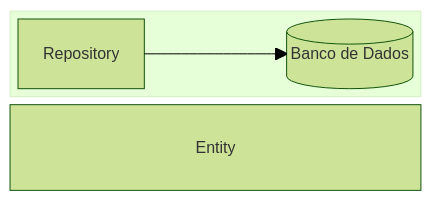
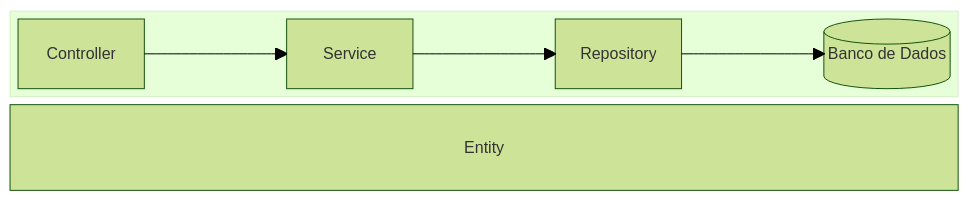
Before and after one commit to waltercoan/fabsoft-2025-2: the second of 2 diagrams in README.md, drawn with Mermaid (forest theme). The commit also changed 5 other files, not shown here.

````diff
--- a/README.md
+++ b/README.md
@@ -189,13 +189,17 @@
 ```mermaid
 ---
 title: Arquitetura
 ---
 block-beta
   columns 1
   block
+    Controller space Service 
+    Service space Repository
     Repository space Database[("Banco de Dados")]
   end
   Entity 
+  Controller --> Service
+  Service --> Repository
   Repository --> Database
 
 ```
````
